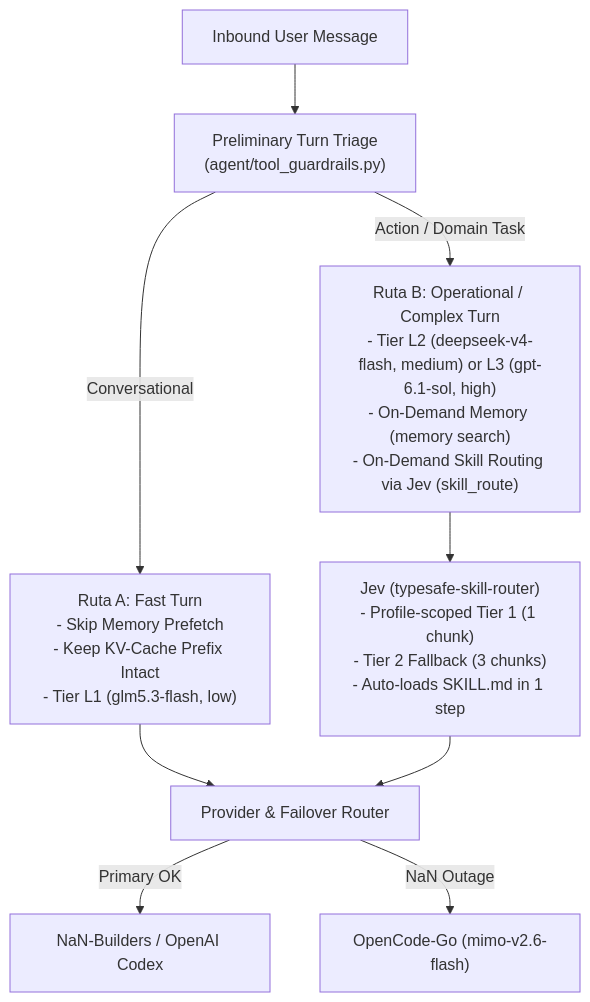
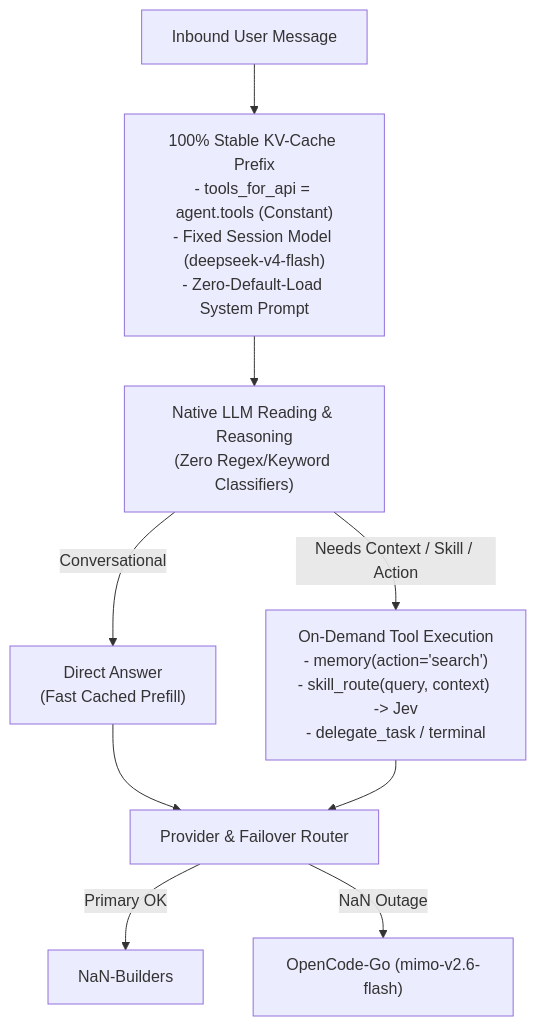
The diagram in .specs/fleet-latency-and-routing/02-design.md (Kattegat-crew/hermes-agent-neural), drawn with Mermaid before and after one commit. The commit also changed other lines of this file and 7 other files, not shown here.

Commit message:
refactor(agent): remove keyword classifiers and preserve 100% session KV-cache

````diff
--- a/.specs/fleet-latency-and-routing/02-design.md
+++ b/.specs/fleet-latency-and-routing/02-design.md
@@ -12,11 +12,11 @@
 ```mermaid
 flowchart TD
-    UserMsg["Inbound User Message"] --> Triage["Preliminary Turn Triage\n(agent/tool_guardrails.py)"]
-    Triage -- "Conversational" --> FastPath["Ruta A: Fast Turn\n- Skip Memory Prefetch\n- Keep KV-Cache Prefix Intact\n- Tier L1 (glm5.3-flash, low)"]
-    Triage -- "Action / Domain Task" --> ActionPath["Ruta B: Operational / Complex Turn\n- Tier L2 (deepseek-v4-flash, medium) or L3 (gpt-6.1-sol, high)\n- On-Demand Memory (memory search)\n- On-Demand Skill Routing via Jev (skill_route)"]
-    ActionPath --> Jev["Jev (typesafe-skill-router)\n- Profile-scoped Tier 1 (1 chunk)\n- Tier 2 Fallback (3 chunks)\n- Auto-loads SKILL.md in 1 step"]
-    FastPath --> ProviderRouter["Provider & Failover Router"]
-    Jev --> ProviderRouter
-    ProviderRouter -- "Primary OK" --> NaN["NaN-Builders / OpenAI Codex"]
+    UserMsg["Inbound User Message"] --> CachePrefix["100% Stable KV-Cache Prefix\n- tools_for_api = agent.tools (Constant)\n- Fixed Session Model (deepseek-v4-flash)\n- Zero-Default-Load System Prompt"]
+    CachePrefix --> ModelReasoning["Native LLM Reading & Reasoning\n(Zero Regex/Keyword Classifiers)"]
+    ModelReasoning -- "Conversational" --> DirectReply["Direct Answer\n(Fast Cached Prefill)"]
+    ModelReasoning -- "Needs Context / Skill / Action" --> OnDemand["On-Demand Tool Execution\n- memory(action='search')\n- skill_route(query, context) -> Jev\n- delegate_task / terminal"]
+    DirectReply --> ProviderRouter["Provider & Failover Router"]
+    OnDemand --> ProviderRouter
+    ProviderRouter -- "Primary OK" --> NaN["NaN-Builders"]
     ProviderRouter -- "NaN Outage" --> GoFallback["OpenCode-Go (mimo-v2.6-flash)"]
 ```
````
